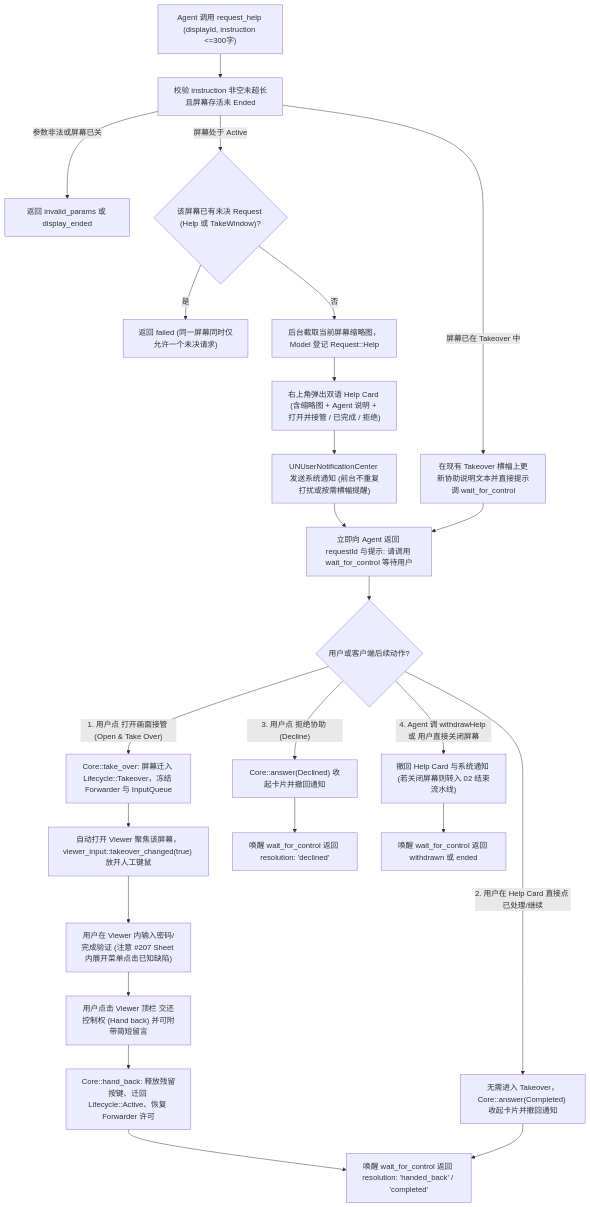
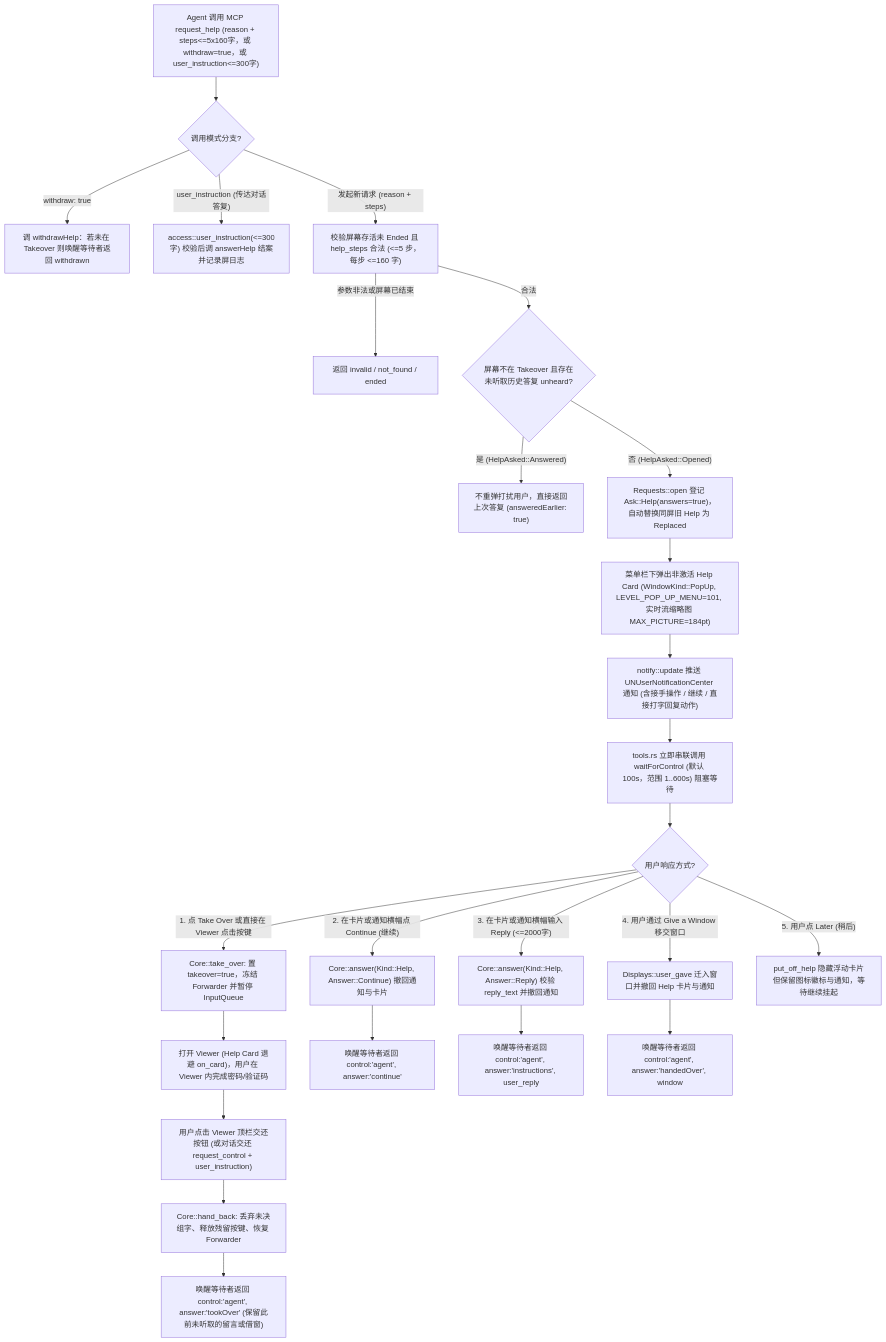
The first of 2 diagrams in docs/flows/08-takeover-and-help-requests.md (Fanzzzd/agent-screen), drawn with Mermaid before and after one commit. The commit also changed other lines of this file and 16 other files, not shown here.

First line of the commit message:
docs(docs): audit flow maps row by row with source quotes

````diff
--- a/docs/flows/08-takeover-and-help-requests.md
+++ b/docs/flows/08-takeover-and-help-requests.md
@@ -15,26 +15,27 @@
 ```mermaid
 flowchart TD
-    H1["Agent 调用 request_help (displayId, instruction <=300字)"] --> H2["校验 instruction 非空未超长且屏幕存活未 Ended"]
-    H2 -->|"参数非法或屏幕已关"| HX1["返回 invalid_params 或 display_ended"]
-    H2 -->|"屏幕已在 Takeover 中"| H3["在现有 Takeover 横幅上更新协助说明文本并直接提示调 wait_for_control"]
-    H2 -->|"屏幕处于 Active"| H4{"该屏幕已有未决 Request (Help 或 TakeWindow)?"}
-    H4 -->|"是"| HX2["返回 failed (同一屏幕同时仅允许一个未决请求)"]
-    H4 -->|"否"| H5["后台截取当前屏幕缩略图，Model 登记 Request::Help"]
-    H5 --> H6["右上角弹出双语 Help Card (含缩略图 + Agent 说明 + 打开并接管 / 已完成 / 拒绝)"]
-    H6 --> H7["UNUserNotificationCenter 发送系统通知 (前台不重复打扰或按需横幅提醒)"]
-    H7 --> H8["立即向 Agent 返回 requestId 与提示: 请调用 wait_for_control 等待用户"]
-    H3 --> H8
-    H8 --> U0{"用户或客户端后续动作?"}
-    U0 -->|"1. 用户点 打开画面接管 (Open & Take Over)"| U1["Core::take_over: 屏幕迁入 Lifecycle::Takeover，冻结 Forwarder 与 InputQueue"]
-    U1 --> U2["自动打开 Viewer 聚焦该屏幕，viewer_input::takeover_changed(true) 放开人工键鼠"]
-    U2 --> U3["用户在 Viewer 内输入密码/完成验证 (注意 #207 Sheet 内展开菜单点击已知缺陷)"]
-    U3 --> U4["用户点击 Viewer 顶栏 交还控制权 (Hand back) 并可附带简短留言"]
-    U4 --> U5["Core::hand_back: 释放残留按键、迁回 Lifecycle::Active、恢复 Forwarder 许可"]
-    U5 --> R_DONE["唤醒 wait_for_control 返回 resolution: 'handed_back' / 'completed'"]
-    U0 -->|"2. 用户在 Help Card 直接点 已处理/继续"| U6["无需进入 Takeover，Core::answer(Completed) 收起卡片并撤回通知"]
-    U6 --> R_DONE
-    U0 -->|"3. 用户点 拒绝协助 (Decline)"| U7["Core::answer(Declined) 收起卡片并撤回通知"]
-    U7 --> R_DEC["唤醒 wait_for_control 返回 resolution: 'declined'"]
-    U0 -->|"4. Agent 调 withdrawHelp 或 用户直接关闭屏幕"| U8["撤回 Help Card 与系统通知 (若关闭屏幕则转入 02 结束流水线)"]
-    U8 --> R_END["唤醒 wait_for_control 返回 withdrawn 或 ended"]
+    H1["Agent 调用 MCP request_help (reason + steps<=5x160字，或 withdraw=true，或 user_instruction<=300字)"] --> H_SUB{"调用模式分支?"}
+    H_SUB -->|"withdraw: true"| H_WD["调 withdrawHelp：若未在 Takeover 则唤醒等待者返回 withdrawn"]
+    H_SUB -->|"user_instruction (传达对话答复)"| H_CHAT["access::user_instruction(<=300字) 校验后调 answerHelp 结案并记录屏日志"]
+    H_SUB -->|"发起新请求 (reason + steps)"| H2["校验屏幕存活未 Ended 且 help_steps 合法 (<=5 步，每步 <=160 字)"]
+    H2 -->|"参数非法或屏幕已结束"| HX1["返回 invalid / not_found / ended"]
+    H2 -->|"合法"| H3{"屏幕不在 Takeover 且存在未听取历史答复 unheard?"}
+    H3 -->|"是 (HelpAsked::Answered)"| H_EARLY["不重弹打扰用户，直接返回上次答复 (answeredEarlier: true)"]
+    H3 -->|"否 (HelpAsked::Opened)"| H4["Requests::open 登记 Ask::Help(answers=true)，自动替换同屏旧 Help 为 Replaced"]
+    H4 --> H5["菜单栏下弹出非激活 Help Card (WindowKind::PopUp, LEVEL_POP_UP_MENU=101, 实时流缩略图 MAX_PICTURE=184pt)"]
+    H5 --> H6["notify::update 推送 UNUserNotificationCenter 通知 (含接手操作 / 继续 / 直接打字回复动作)"]
+    H6 --> H7["tools.rs 立即串联调用 waitForControl (默认 100s，范围 1..600s) 阻塞等待"]
+    H7 --> U0{"用户响应方式?"}
+    U0 -->|"1. 点 Take Over 或直接在 Viewer 点击按键"| U1["Core::take_over: 置 takeover=true，冻结 Forwarder 并暂停 InputQueue"]
+    U1 --> U2["打开 Viewer (Help Card 退避 on_card)，用户在 Viewer 内完成密码/验证码"]
+    U2 --> U3["用户点击 Viewer 顶栏交还按钮 (或对话交还 request_control + user_instruction)"]
+    U3 --> U4["Core::hand_back: 丢弃未决组字、释放残留按键、恢复 Forwarder"]
+    U4 --> R_TOOK["唤醒等待者返回 control:'agent', answer:'tookOver' (保留此前未听取的留言或借窗)"]
+    U0 -->|"2. 在卡片或通知横幅点 Continue (继续)"| U5["Core::answer(Kind::Help, Answer::Continue) 撤回通知与卡片"]
+    U5 --> R_CONT["唤醒等待者返回 control:'agent', answer:'continue'"]
+    U0 -->|"3. 在卡片或通知横幅输入 Reply (<=2000字)"| U6["Core::answer(Kind::Help, Answer::Reply) 校验 reply_text 并撤回通知"]
+    U6 --> R_INST["唤醒等待者返回 control:'agent', answer:'instructions', user_reply"]
+    U0 -->|"4. 用户通过 Give a Window 移交窗口"| U7["Displays::user_gave 迁入窗口并撤回 Help 卡片与通知"]
+    U7 --> R_WIN["唤醒等待者返回 control:'agent', answer:'handedOver', window"]
+    U0 -->|"5. 用户点 Later (稍后)"| U8["put_off_help 隐藏浮动卡片但保留图标徽标与通知，等待继续挂起"]
 ```
````
